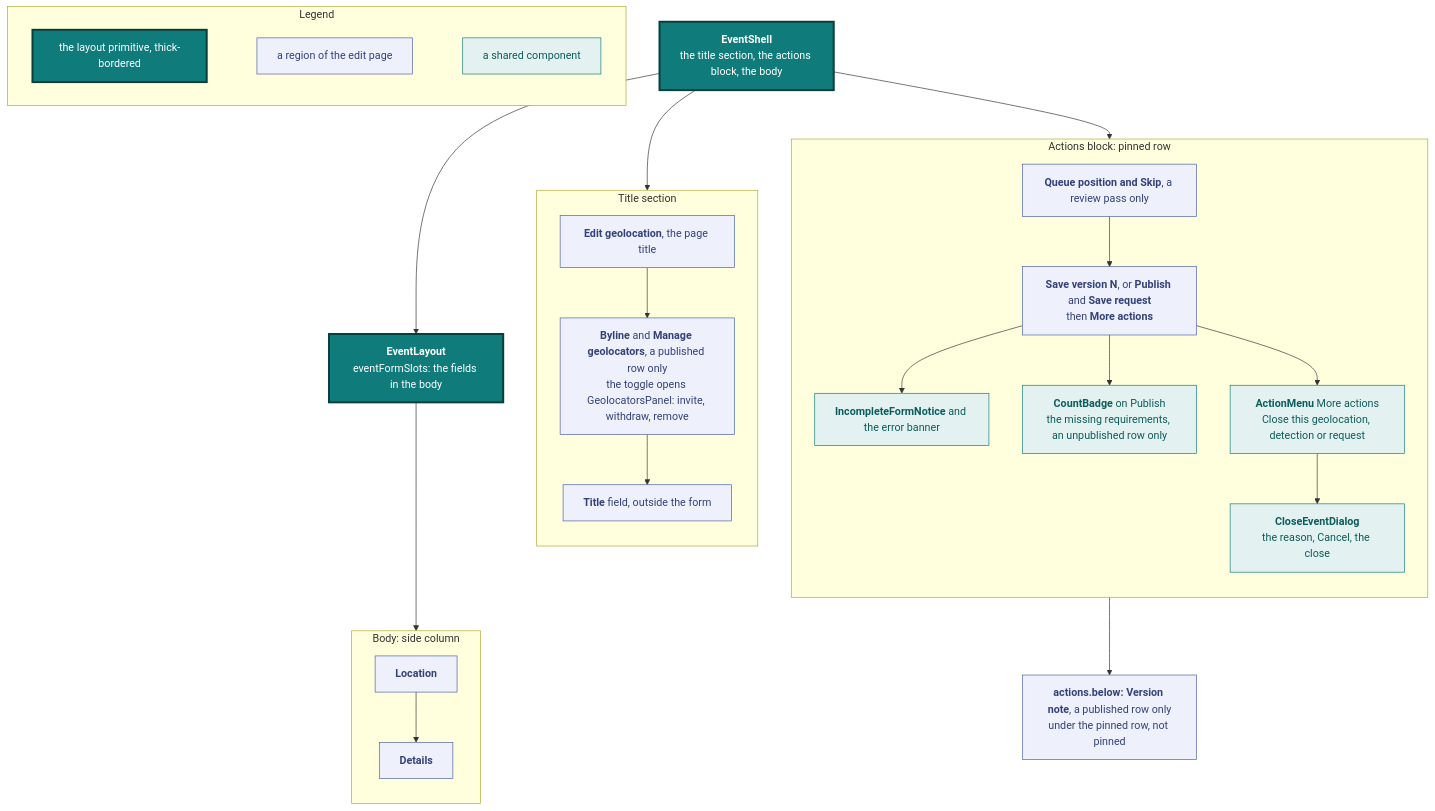
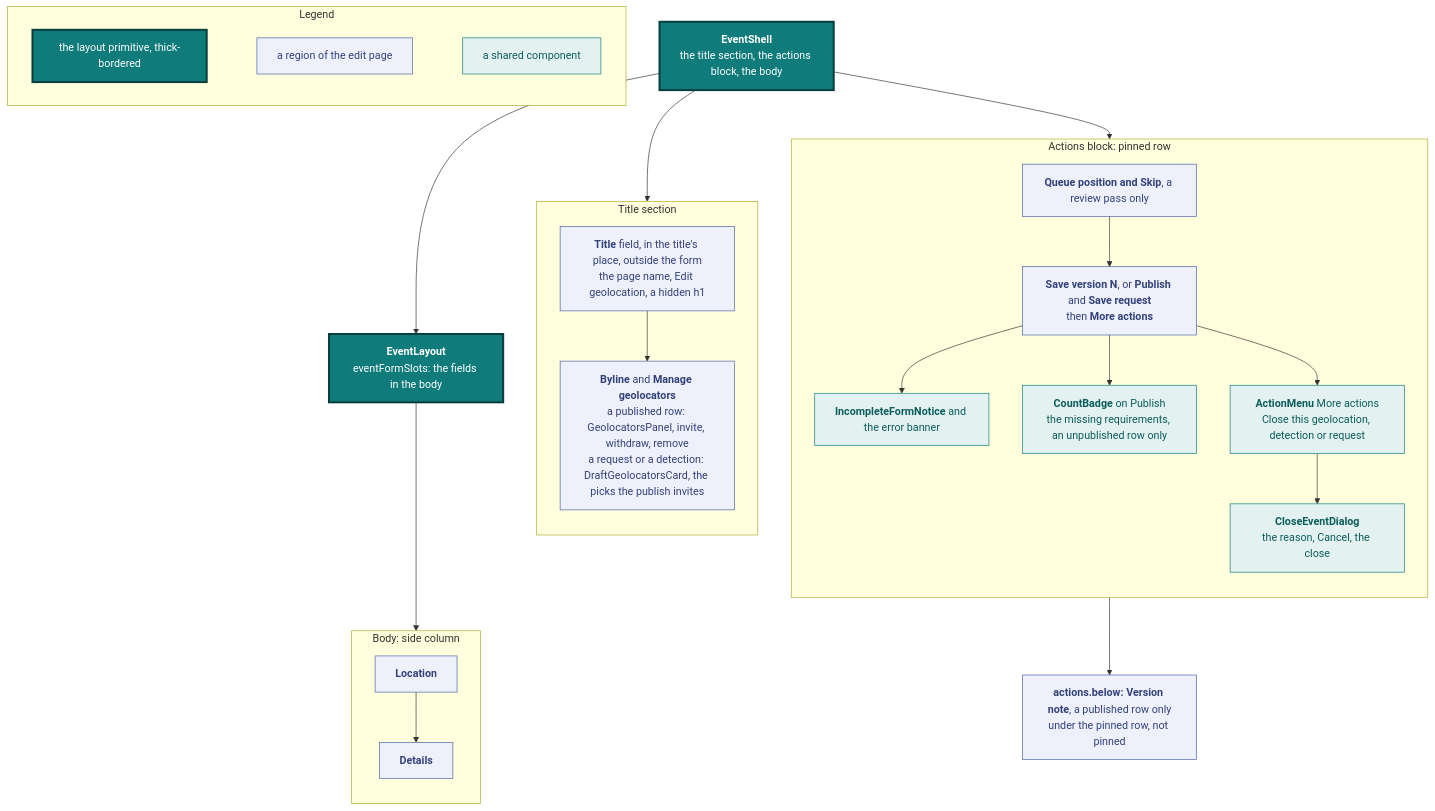
Before and after one commit to vidithq/vidit: diagram 11 of 15 in docs/design.md, drawn with Mermaid. The commit also changed other lines of this file and 15 other files, not shown here.

First line of the commit message:
feat(frontend): put the Title field in the title's place and pick co-geolocators by the byline

````diff
--- a/docs/design.md
+++ b/docs/design.md
@@ -1043,59 +1046,60 @@
 ```mermaid
 flowchart TB
   classDef spec fill:#eef1fb,stroke:#4a5fa5,color:#33417a
   classDef shared fill:#e3f2f1,stroke:#0f7b7a,color:#0b5c5b
   classDef core fill:#0f7b7a,stroke:#083f3e,stroke-width:3px,color:#ffffff
 
   subgraph legend [Legend]
     direction LR
     l1["`the layout primitive, thick-bordered`"]:::core
     l2["`a region of the edit page`"]:::spec
     l3["`a shared component`"]:::shared
     l1 ~~~ l2 ~~~ l3
   end
 
   shell["`**EventShell**
   the title section, the actions block, the body`"]:::core
   layout["`**EventLayout**
   eventFormSlots: the fields in the body`"]:::core
 
   subgraph titlesection [Title section]
     direction TB
-    heading["`**Edit geolocation**, the page title`"]:::spec
-    byline["`**Byline** and **Manage geolocators**, a published row only
-    the toggle opens GeolocatorsPanel: invite, withdraw, remove`"]:::spec
-    title["`**Title** field, outside the form`"]:::spec
-    heading --> byline --> title
+    title["`**Title** field, in the title's place, outside the form
+    the page name, Edit geolocation, a hidden h1`"]:::spec
+    byline["`**Byline** and **Manage geolocators**
+    a published row: GeolocatorsPanel, invite, withdraw, remove
+    a request or a detection: DraftGeolocatorsCard, the picks the publish invites`"]:::spec
+    title --> byline
   end
 
   subgraph rail [Actions block: pinned row]
     direction TB
     queue["`**Queue position and Skip**, a review pass only`"]:::spec
     actions["`**Save version N**, or **Publish** and **Save request**
     then **More actions**`"]:::spec
     count["`**CountBadge** on Publish
     the missing requirements, an unpublished row only`"]:::shared
     banners["`**IncompleteFormNotice** and the error banner`"]:::shared
     menu["`**ActionMenu** More actions
     Close this geolocation, detection or request`"]:::shared
     dialog["`**CloseEventDialog**
     the reason, Cancel, the close`"]:::shared
     queue --> actions --> banners
     actions --> count
     actions --> menu --> dialog
   end
 
   note["`**actions.below: Version note**, a published row only
   under the pinned row, not pinned`"]:::spec
 
   subgraph side [Body: side column]
     direction TB
     location["`**Location**`"]:::spec
     details["`**Details**`"]:::spec
     location --> details
   end
 
   shell --> titlesection
   shell --> rail --> note
   shell --> layout --> side
 ```
````
